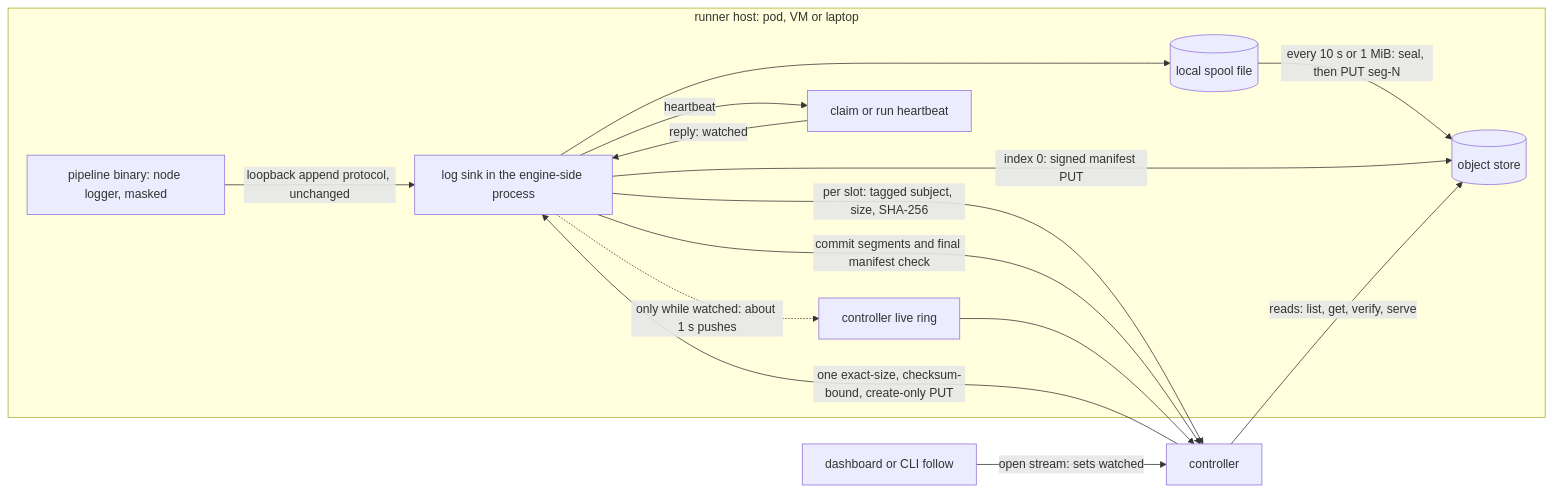
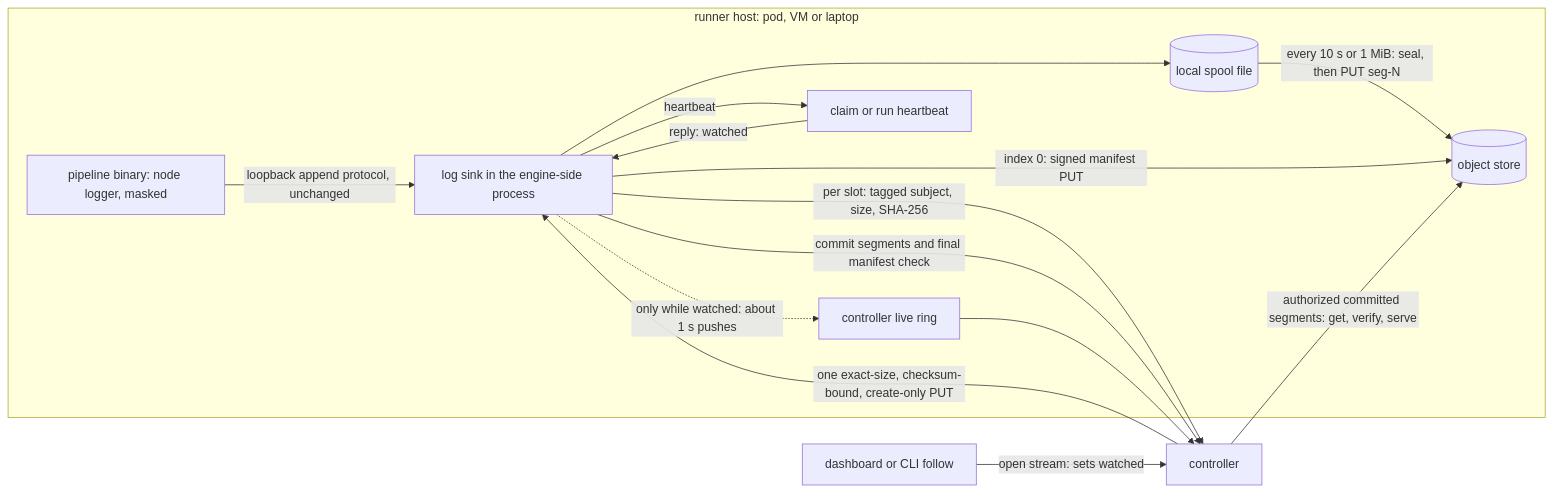
One commit to sparkwing-dev/sparkwing changed the second of 5 diagrams in design/logs-without-a-logs-service.md. Above: the diagram before and after it, drawn with Mermaid. The commit also changed other lines of this file, not shown here.

Commit message:
docs(logs): align tagged keys and committed read authority

````diff
--- a/design/logs-without-a-logs-service.md
+++ b/design/logs-without-a-logs-service.md
@@ -85,18 +85,18 @@
 ```mermaid
 flowchart LR
   subgraph runner[runner host: pod, VM or laptop]
     CHILD[pipeline binary: node logger, masked] -->|loopback append protocol, unchanged| SINK[log sink in the engine-side process]
     SINK --> SPOOL[(local spool file)]
     SPOOL -->|every 10 s or 1 MiB: seal, then PUT seg-N| OBJ
     SINK -.->|only while watched: about 1 s pushes| RING
     SINK -->|heartbeat| HB[claim or run heartbeat]
   end
   HB -->|reply: watched| SINK
   SINK -->|per slot: tagged subject, size, SHA-256| CTL[controller]
   CTL -->|one exact-size, checksum-bound, create-only PUT| SINK
   SINK -->|index 0: signed manifest PUT| OBJ[(object store)]
   SINK -->|commit segments and final manifest check| CTL
   RING[controller live ring] --> CTL
-  CTL -->|reads: list, get, verify, serve| OBJ
+  CTL -->|authorized committed segments: get, verify, serve| OBJ
   VIEW[dashboard or CLI follow] -->|open stream: sets watched| CTL
 ```
````
